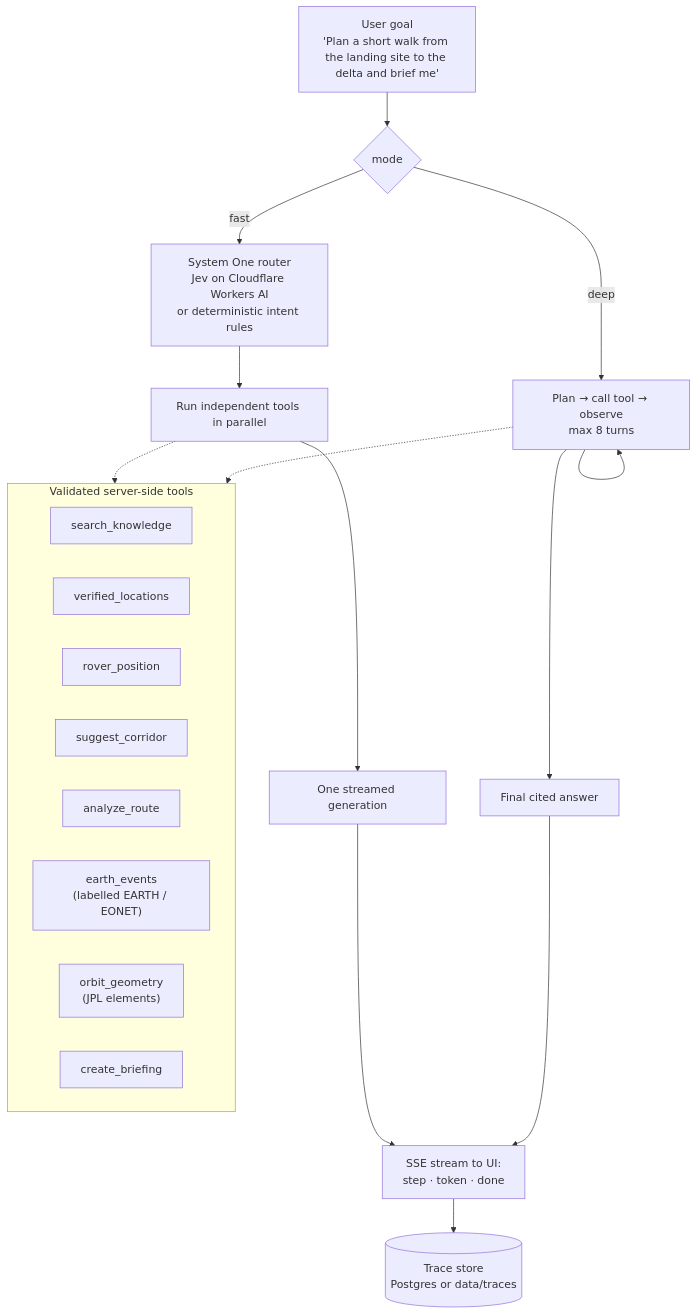
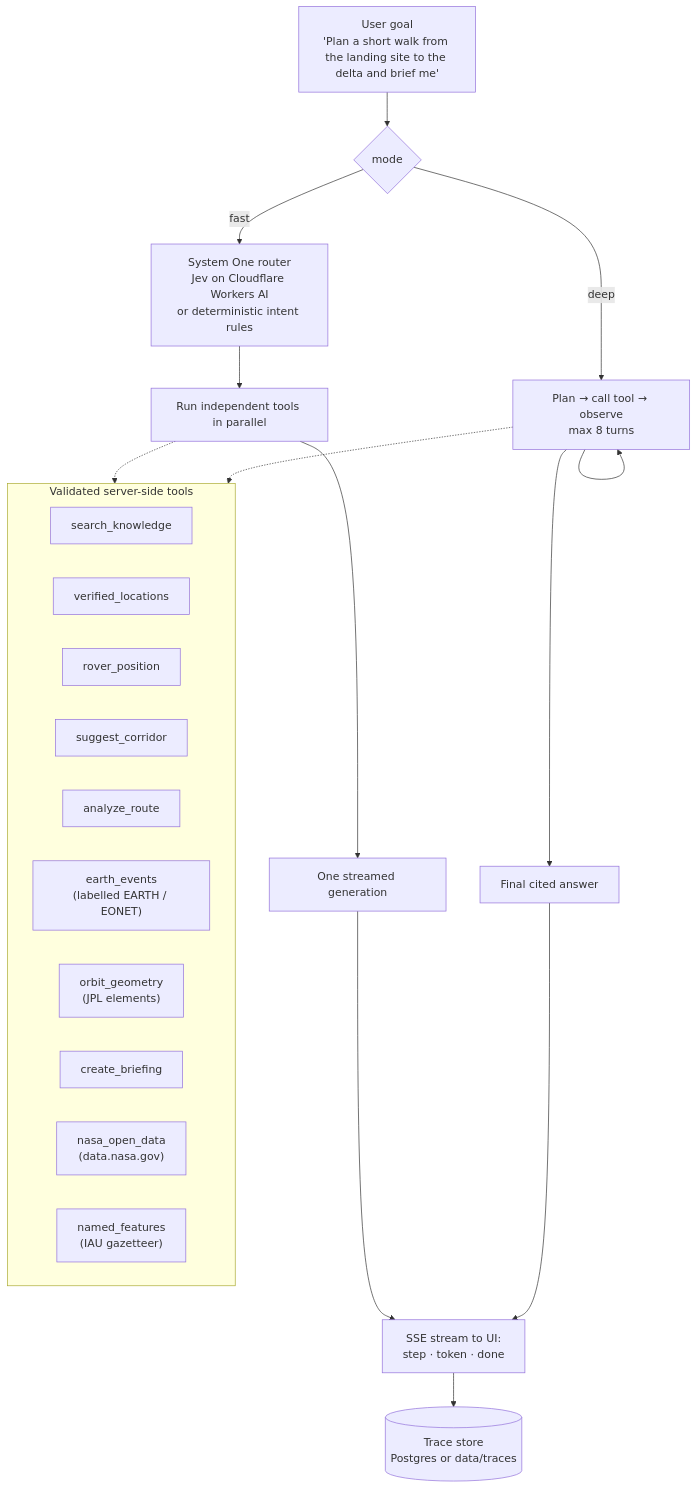
Before and after one commit to mdimamhosen/NASASpaceAPPChallenge: the fifth of 6 diagrams in README.md, drawn with Mermaid. The commit also changed other lines of this file and 55 other files, not shown here.

````diff
--- a/README.md
+++ b/README.md
@@ -387,25 +401,27 @@
 ```mermaid
 flowchart TB
     GOAL["User goal<br/>'Plan a short walk from the landing site to the delta and brief me'"] --> MODE{mode}
     MODE -- fast --> ROUTER["System One router<br/>Jev on Cloudflare Workers AI<br/>or deterministic intent rules"]
     ROUTER --> PAR["Run independent tools in parallel"]
     PAR --> GEN1["One streamed generation"]
     MODE -- deep --> LOOP["Plan → call tool → observe<br/>max 8 turns"]
     LOOP --> LOOP
     LOOP --> GEN2["Final cited answer"]
 
     subgraph TOOLS["Validated server-side tools"]
         T1[search_knowledge]
         T2[verified_locations]
         T3[rover_position]
         T4[suggest_corridor]
         T5[analyze_route]
         T6["earth_events<br/>(labelled EARTH / EONET)"]
         T7["orbit_geometry<br/>(JPL elements)"]
         T8[create_briefing]
+        T9["nasa_open_data<br/>(data.nasa.gov)"]
+        T10["named_features<br/>(IAU gazetteer)"]
     end
     PAR -.-> TOOLS
     LOOP -.-> TOOLS
     GEN1 & GEN2 --> SSE["SSE stream to UI:<br/>step · token · done"]
     SSE --> TRACE[("Trace store<br/>Postgres or data/traces")]
 ```
````
